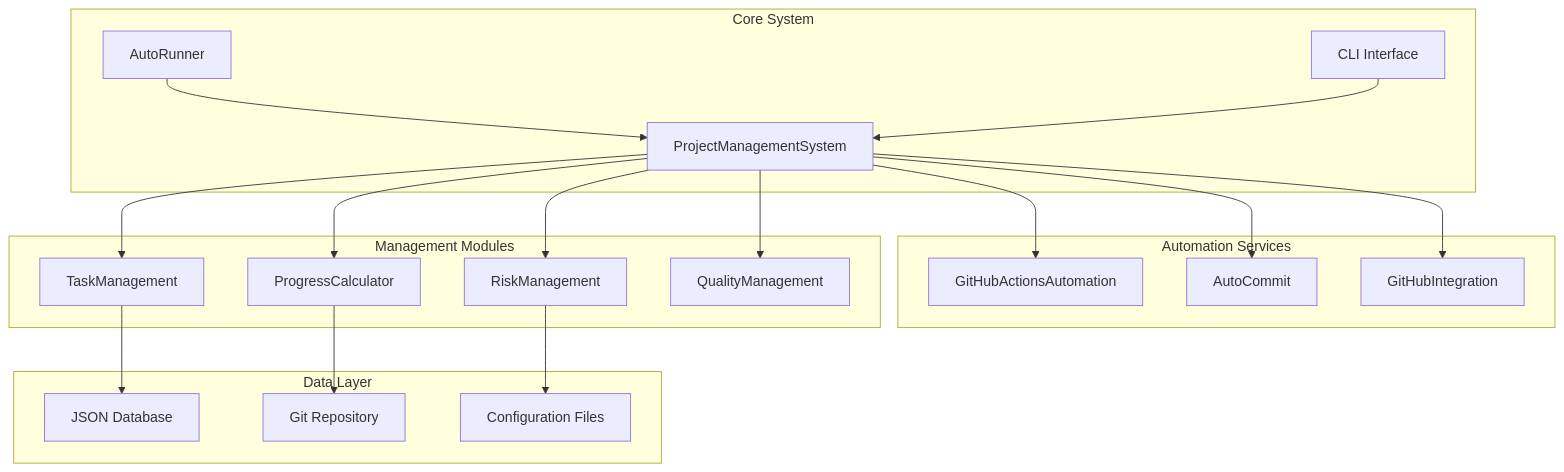
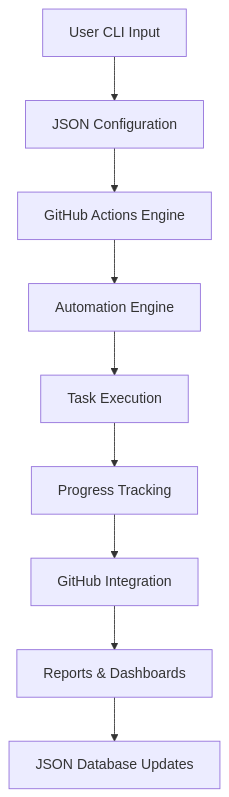
One commit to Shakour-Data/AutoProjectManagement changed the tenth of 42 diagrams in README.md. Above: the diagram before and after it, drawn with Mermaid. The commit also changed other lines of this file, not shown here.

````diff
--- a/README.md
+++ b/README.md
@@ -58,40 +321,11 @@
 ```mermaid
 graph TD
-    subgraph Core System
-        AR[AutoRunner]
-        CLI[CLI Interface]
-        PMS[ProjectManagementSystem]
-    end
-    
-    subgraph Automation Services
-        GA[GitHubActionsAutomation]
-        AC[AutoCommit]
-        GI[GitHubIntegration]
-    end
-    
-    subgraph Management Modules
-        TM[TaskManagement]
-        PC[ProgressCalculator]
-        RM[RiskManagement]
-        QM[QualityManagement]
-    end
-    
-    subgraph Data Layer
-        JSON[JSON Database]
-        GIT[Git Repository]
-        CFG[Configuration Files]
-    end
-    
-    AR --> PMS
-    CLI --> PMS
-    PMS --> GA
-    PMS --> AC
-    PMS --> GI
-    PMS --> TM
-    PMS --> PC
-    PMS --> RM
-    PMS --> QM
-    TM --> JSON
-    PC --> GIT
-    RM --> CFG
+    A[User CLI Input] --> B[JSON Configuration]
+    B --> C[GitHub Actions Engine]
+    C --> D[Automation Engine]
+    D --> E[Task Execution]
+    E --> F[Progress Tracking]
+    F --> G[GitHub Integration]
+    G --> H[Reports & Dashboards]
+    H --> I[JSON Database Updates]
 ```
````
